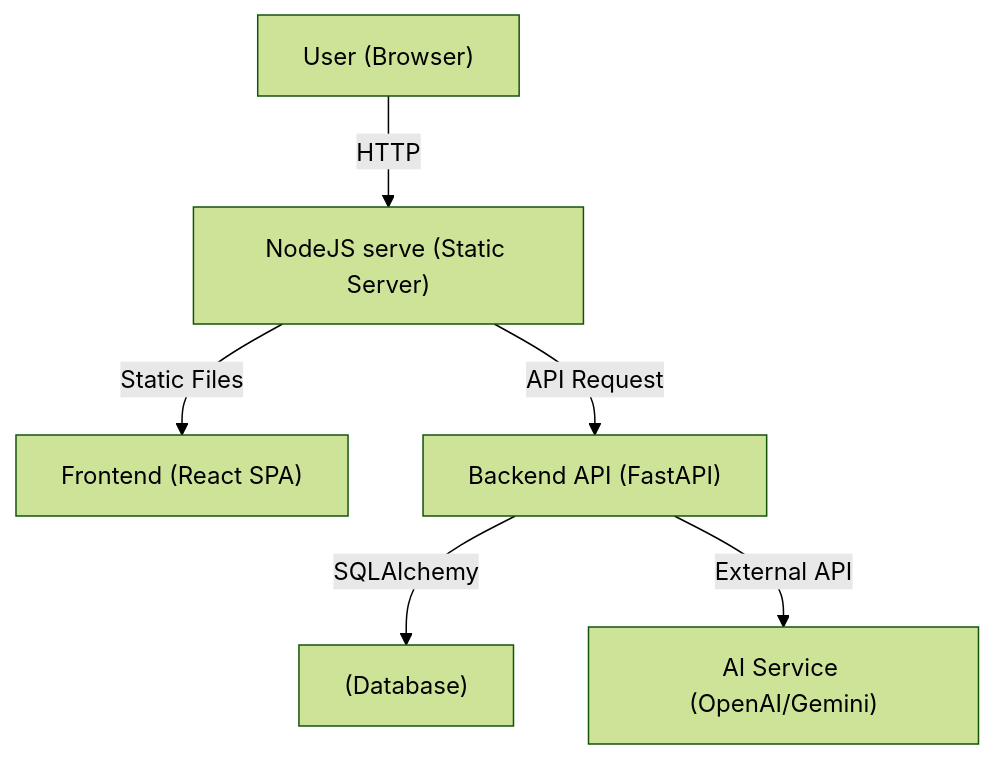
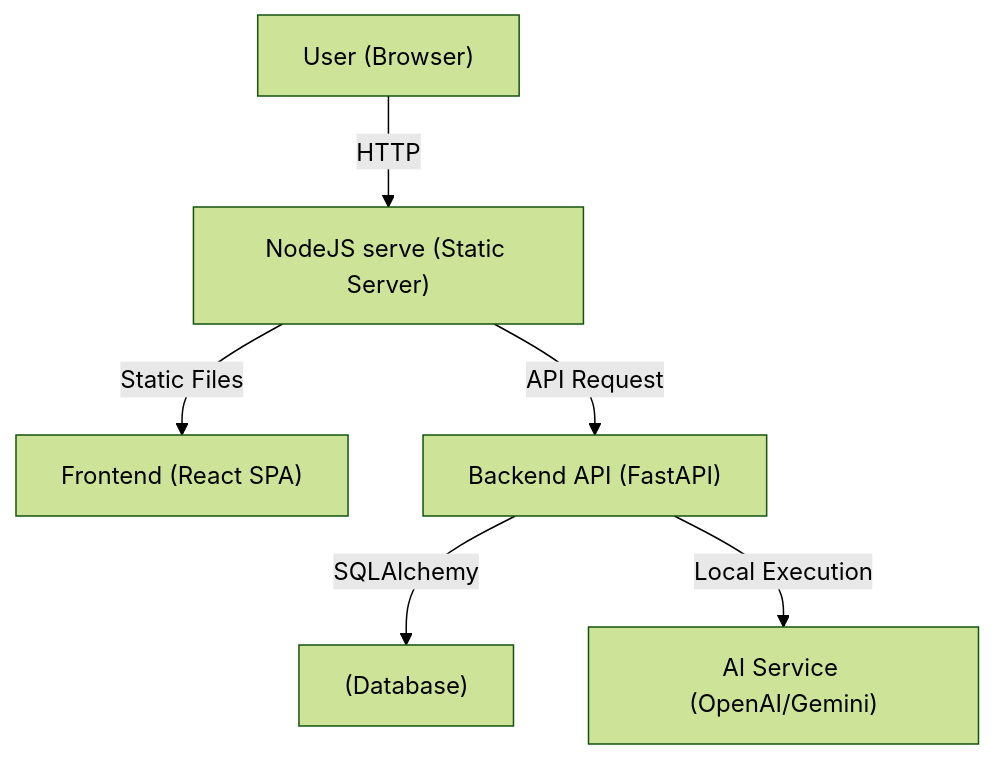
One commit to himchannnn/context_hunter changed the first of 2 diagrams in guide/HLD.md. Above: the diagram before and after it, drawn with Mermaid (forest theme). The commit also changed other lines of this file and 1 other file, not shown here.

````diff
--- a/guide/HLD.md
+++ b/guide/HLD.md
@@ -35,15 +35,15 @@
 ```mermaid
 graph TD
     User["User (Browser)"]
     LB["NodeJS serve (Static Server)"]
     FE["Frontend (React SPA)"]
     BE["Backend API (FastAPI)"]
     DB["(Database)"]
     AI["AI Service (OpenAI/Gemini)"]
 
     User -->|HTTP| LB
     LB -->|Static Files| FE
     LB -->|API Request| BE
     BE -->|SQLAlchemy| DB
-    BE -->|External API| AI
+    BE -->|Local Execution| AI
 ```
````
